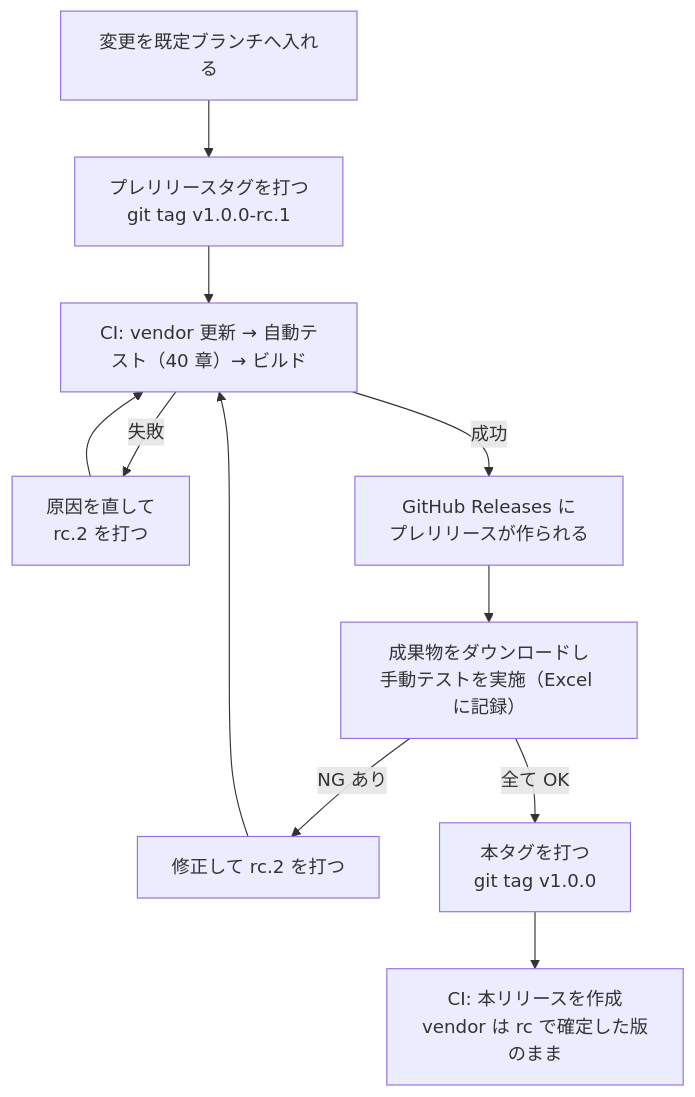
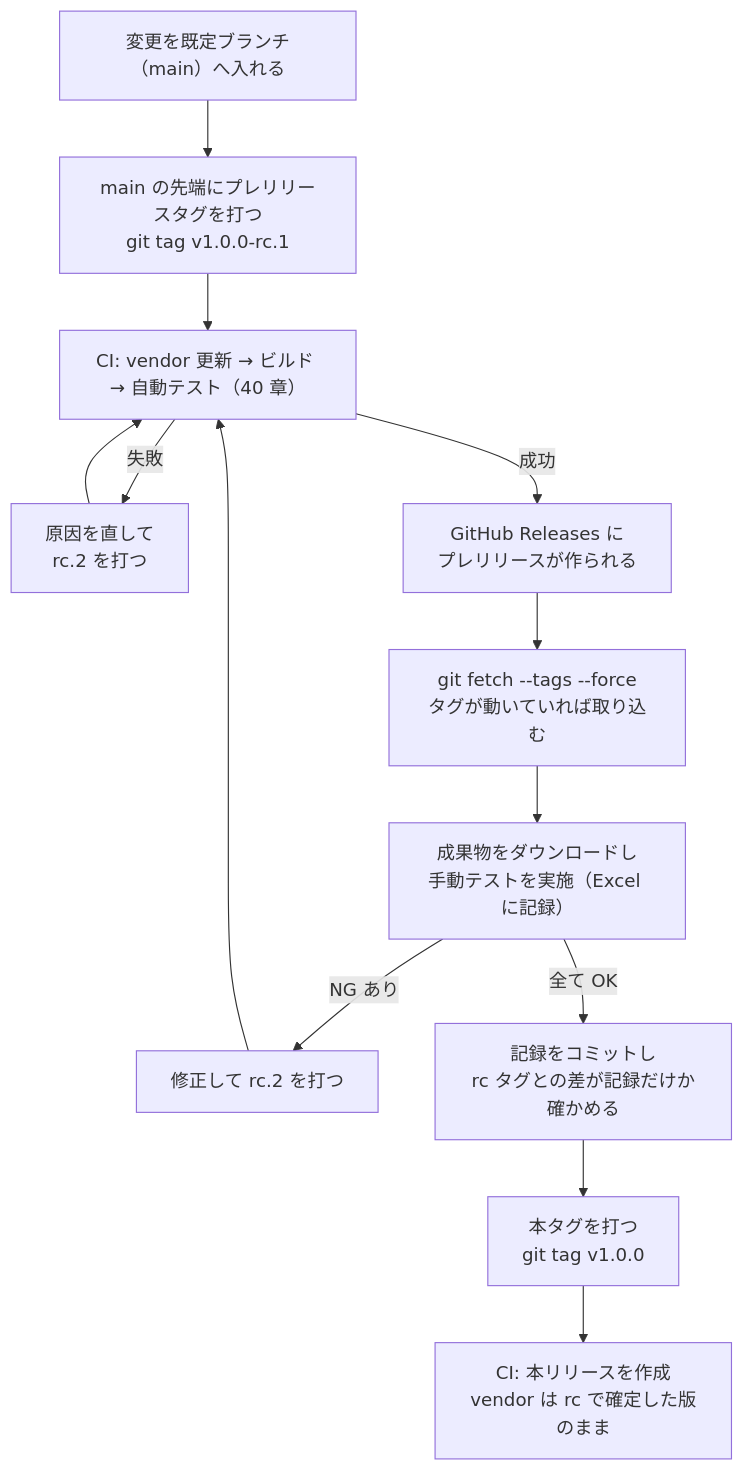
Before and after one commit to kznagamori/go_MarkView: the diagram in docs/specs/41-e2e-manual.md, drawn with Mermaid. The commit also changed other lines of this file and 25 other files, not shown here.

````diff
--- a/docs/specs/41-e2e-manual.md
+++ b/docs/specs/41-e2e-manual.md
@@ -107,13 +107,15 @@
 ```mermaid
 flowchart TD
-    A["変更を既定ブランチへ入れる"] --> B["プレリリースタグを打つ<br/>git tag v1.0.0-rc.1"]
-    B --> C["CI: vendor 更新 → 自動テスト（40 章）→ ビルド"]
+    A["変更を既定ブランチ（main）へ入れる"] --> B["main の先端にプレリリースタグを打つ<br/>git tag v1.0.0-rc.1"]
+    B --> C["CI: vendor 更新 → ビルド → 自動テスト（40 章）"]
     C -->|失敗| F1["原因を直して<br/>rc.2 を打つ"]
     C -->|成功| D["GitHub Releases に<br/>プレリリースが作られる"]
-    D --> E["成果物をダウンロードし<br/>手動テストを実施（Excel に記録）"]
+    D --> D2["git fetch --tags --force<br/>タグが動いていれば取り込む"]
+    D2 --> E["成果物をダウンロードし<br/>手動テストを実施（Excel に記録）"]
     E -->|NG あり| F2["修正して rc.2 を打つ"]
-    E -->|全て OK| G["本タグを打つ<br/>git tag v1.0.0"]
+    E -->|全て OK| G0["記録をコミットし<br/>rc タグとの差が記録だけか確かめる"]
+    G0 --> G["本タグを打つ<br/>git tag v1.0.0"]
     G --> H["CI: 本リリースを作成<br/>vendor は rc で確定した版のまま"]
     F1 --> C
     F2 --> C
 ```
````
